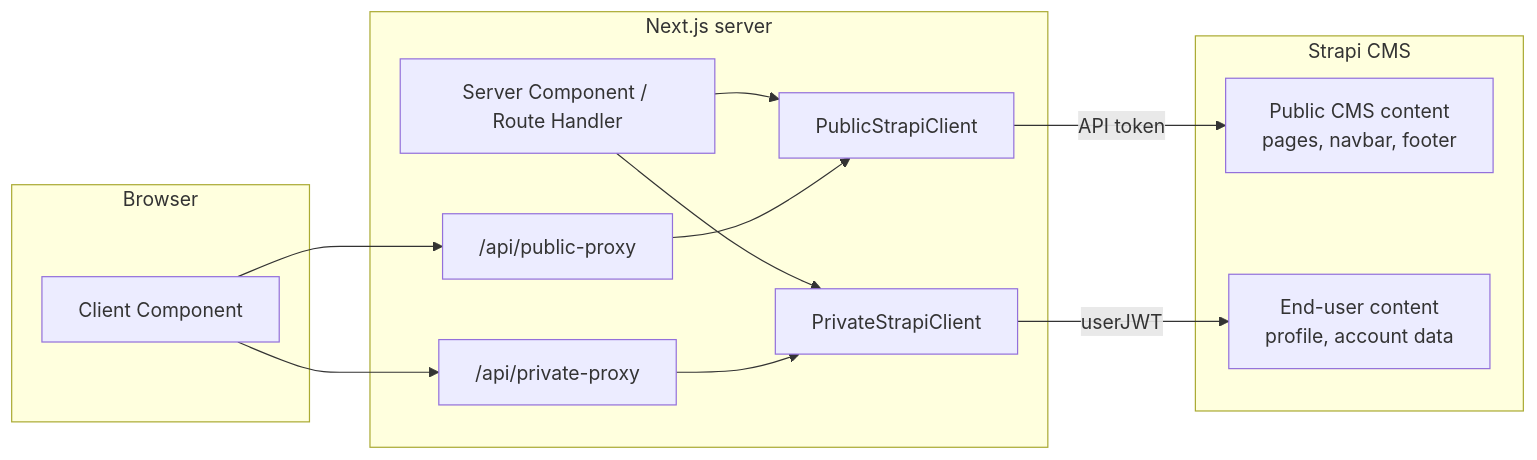
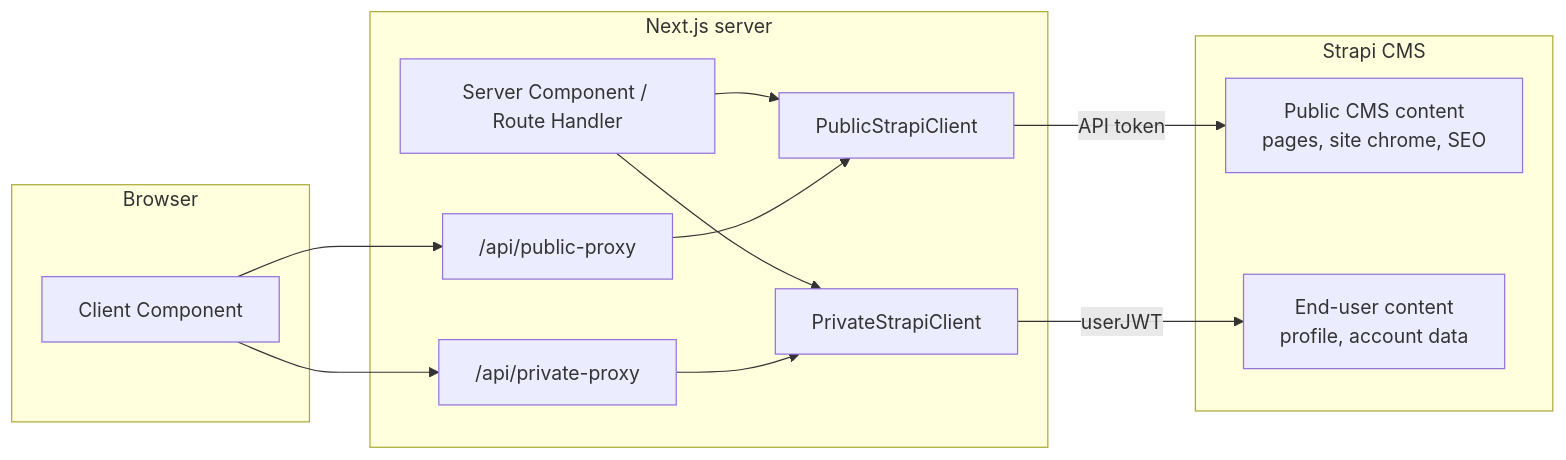
Before and after one commit to mgg2020226/monorepo-strapi: the diagram in apps/docs/docs/ui/strapi-api-client.md, drawn with Mermaid. The commit also changed other lines of this file and 14 other files, not shown here.

Commit message:
docs(architecture): document site content and preview

````diff
--- a/apps/docs/docs/ui/strapi-api-client.md
+++ b/apps/docs/docs/ui/strapi-api-client.md
@@ -15,28 +15,28 @@
 ```mermaid
 flowchart LR
   subgraph Browser["Browser"]
     ClientComponent["Client Component"]
   end
 
   subgraph Next["Next.js server"]
     ServerComponent["Server Component / Route Handler"]
     PublicClient["PublicStrapiClient"]
     PrivateClient["PrivateStrapiClient"]
     PublicProxy["/api/public-proxy"]
     PrivateProxy["/api/private-proxy"]
   end
 
   subgraph Strapi["Strapi CMS"]
-    PublicContent["Public CMS content<br/>pages, navbar, footer"]
+    PublicContent["Public CMS content<br/>pages, site chrome, SEO"]
     UserContent["End-user content<br/>profile, account data"]
   end
 
   ServerComponent --> PublicClient
   ServerComponent --> PrivateClient
   ClientComponent --> PublicProxy
   ClientComponent --> PrivateProxy
   PublicProxy --> PublicClient
   PrivateProxy --> PrivateClient
   PublicClient -- "API token" --> PublicContent
   PrivateClient -- "userJWT" --> UserContent
 ```
````
